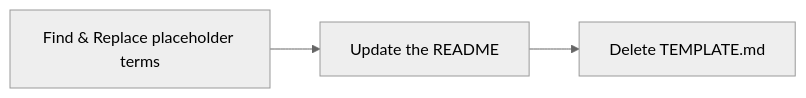
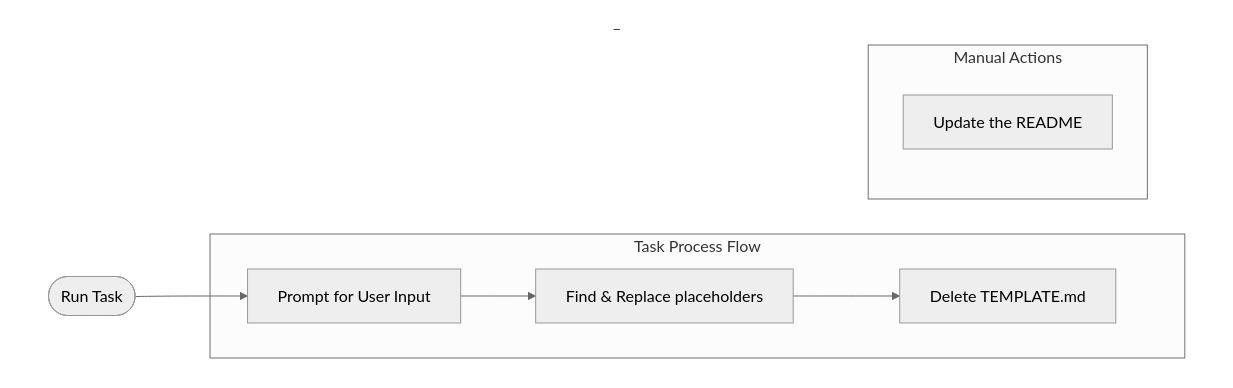
The diagram in TEMPLATE.md (epopisces/template_api_wrapper), drawn with Mermaid (neutral theme) before and after one commit. The commit also changed other lines of this file and 5 other files, not shown here.

Commit message:
maturing the template: add WIP init task, docs

````diff
--- a/TEMPLATE.md
+++ b/TEMPLATE.md
@@ -15,5 +22,15 @@
 ```mermaid
-graph LR
-    A[Find & Replace placeholder terms]-->B[Update the README]-->C[Delete TEMPLATE.md]
-    
+%% tricky getting subgraphs not to re-order themselves.  Used invisible Container subgraph to force ordering
+flowchart LR
+    subgraph Container [_]
+        direction LR
+        A([Run Task])-->B[Prompt for User Input]
+        subgraph task [Task Process Flow]
+        B-->C[Find & Replace placeholders]-->D[Delete TEMPLATE.md]
+        end
+        subgraph user [Manual Actions]
+        E[Update the README]
+        end
+    end
+    style Container fill:none,stroke:none
 ```
````
